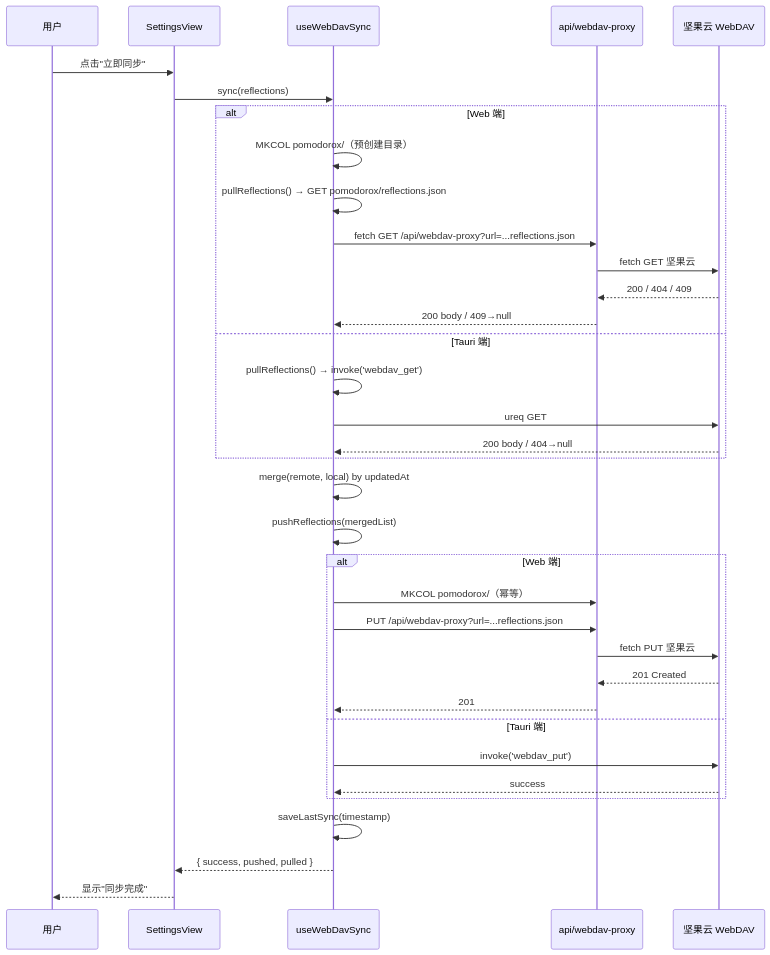
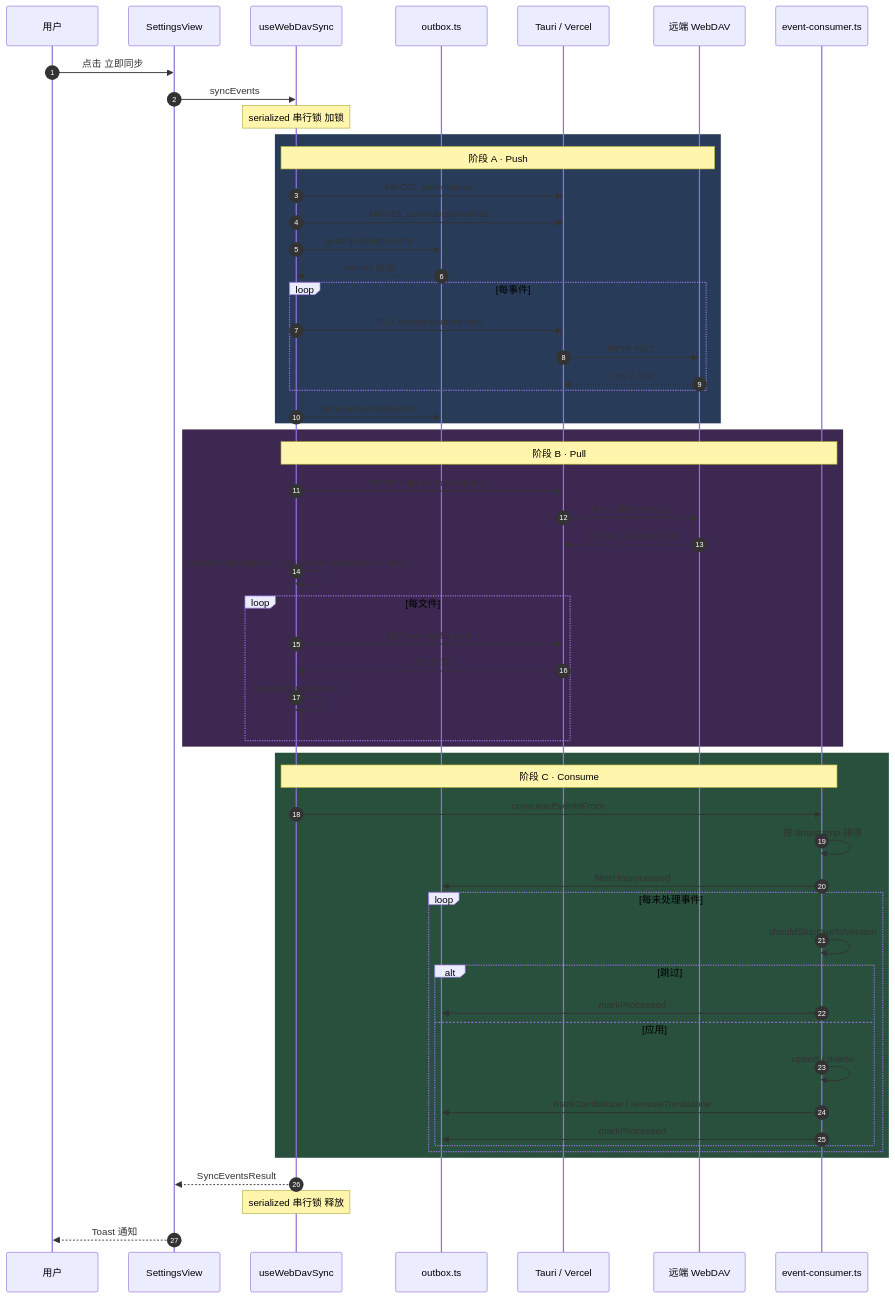
Before and after one commit to zc63463-cmyk/potodoroX: the fourth of 4 diagrams in DevNotes/Module/synchronize/WebDavSync.structure.md, drawn with Mermaid. The commit also changed other lines of this file and 1 other file, not shown here.

First line of the commit message:
docs(sync): 重写 WebDAV 同步模块文档 (架构 + 实现)

````diff
--- a/DevNotes/Module/synchronize/WebDavSync.structure.md
+++ b/DevNotes/Module/synchronize/WebDavSync.structure.md
@@ -57,42 +383,63 @@
 ```mermaid
 sequenceDiagram
+    autonumber
     participant U as 用户
-    participant S as SettingsView
-    participant C as useWebDavSync
-    participant P as api/webdav-proxy
-    participant W as 坚果云 WebDAV
+    participant V as SettingsView
+    participant W as useWebDavSync
+    participant OB as outbox.ts
+    participant T as Tauri / Vercel
+    participant R as 远端 WebDAV
+    participant EC as event-consumer.ts
 
-    U->>S: 点击"立即同步"
-    S->>C: sync(reflections)
+    U->>V: 点击 立即同步
+    V->>W: syncEvents
+    Note over W: serialized 串行锁 加锁
 
-    alt Web 端
-        C->>C: MKCOL pomodorox/（预创建目录）
-        C->>C: pullReflections() → GET pomodorox/reflections.json
-        C->>P: fetch GET /api/webdav-proxy?url=...reflections.json
-        P->>W: fetch GET 坚果云
-        W-->>P: 200 / 404 / 409
-        P-->>C: 200 body / 409→null
-    else Tauri 端
-        C->>C: pullReflections() → invoke('webdav_get')
-        C->>W: ureq GET
-        W-->>C: 200 body / 404→null
+    rect rgb(40, 60, 90)
+      Note over W,R: 阶段 A · Push
+      W->>T: MKCOL pomodorox/
+      W->>T: MKCOL pomodorox/events/
+      W->>OB: getUnpushedEvents
+      OB-->>W: events 数组
+      loop 每事件
+        W->>T: PUT events/eventId.json
+        T->>R: HTTP PUT
+        R-->>T: 201 / 204
+      end
+      W->>OB: removePushedEvents
     end
 
-    C->>C: merge(remote, local) by updatedAt
-    C->>C: pushReflections(mergedList)
-
-    alt Web 端
-        C->>P: MKCOL pomodorox/（幂等）
-        C->>P: PUT /api/webdav-proxy?url=...reflections.json
-        P->>W: fetch PUT 坚果云
-        W-->>P: 201 Created
-        P-->>C: 201
-    else Tauri 端
-        C->>W: invoke('webdav_put')
-        W-->>C: success
+    rect rgb(60, 40, 80)
+      Note over W,EC: 阶段 B · Pull
+      W->>T: PROPFIND events/ Depth:1
+      T->>R: HTTP PROPFIND
+      R-->>T: 207 Multi-Status XML
+      W->>W: parsePropfindHrefs + extractFileNamesFromHrefs
+      loop 每文件
+        W->>T: GET events/file.json
+        T-->>W: 文件内容
+        W->>W: isValidOutboxEvent
+      end
     end
 
-    C->>C: saveLastSync(timestamp)
-    C-->>S: { success, pushed, pulled }
-    S-->>U: 显示"同步完成"
+    rect rgb(40, 80, 60)
+      Note over W,EC: 阶段 C · Consume
+      W->>EC: consumeEventsFrom
+      EC->>EC: 按 timestamp 排序
+      EC->>OB: filterUnprocessed
+      loop 每未处理事件
+        EC->>EC: shouldSkipDueToVersion
+        alt 跳过
+          EC->>OB: markProcessed
+        else 应用
+          EC->>EC: upsert / delete
+          EC->>OB: markTombstone / removeTombstone
+          EC->>OB: markProcessed
+        end
+      end
+    end
+
+    W-->>V: SyncEventsResult
+    Note over W: serialized 串行锁 释放
+    V-->>U: Toast 通知
 ```
````
